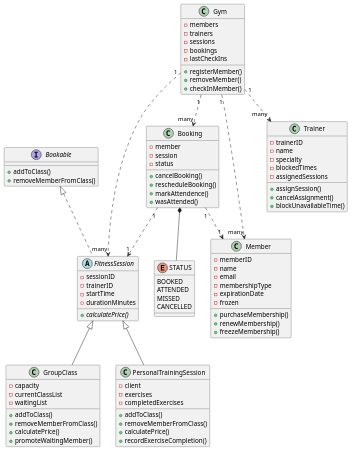
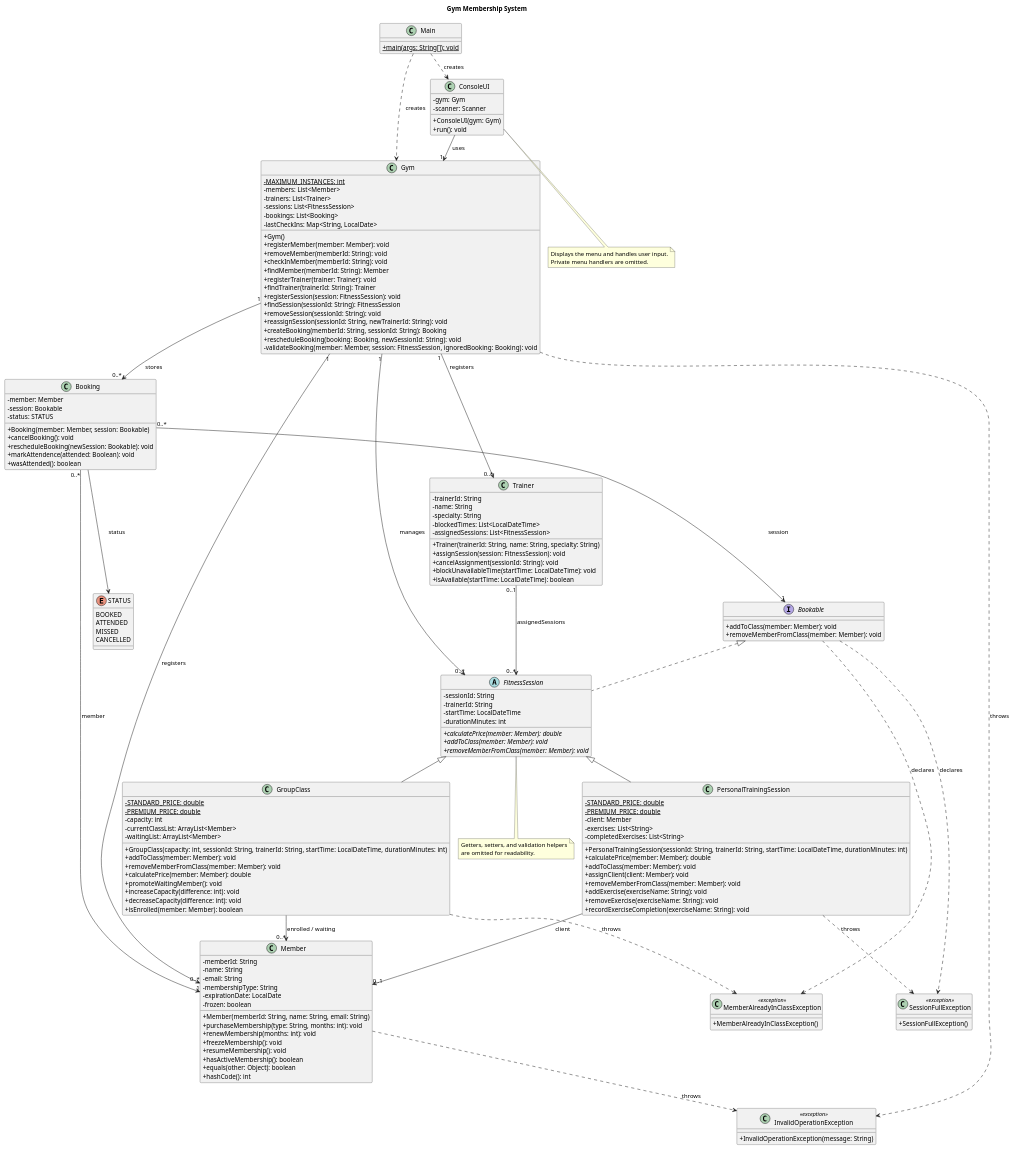
Before and after one commit to BhargavJakkaraju/CS-151-Project2: the diagram in Diagram.puml, drawn with PlantUML. The commit also changed 1 other file, not shown here.

Commit message:
Update UML with detailed classes and corrected relationships

```diff
--- a/Diagram.puml
+++ b/Diagram.puml
@@ -1,105 +1,188 @@
 @startuml
+!pragma layout smetana
 
+title Gym Membership System
+top to bottom direction
+skinparam classAttributeIconSize 0
+skinparam shadowing false
 
 interface Bookable {
-    + addToClass()
-    + removeMemberFromClass()
+    + addToClass(member: Member): void
+    + removeMemberFromClass(member: Member): void
 }
 
 enum STATUS {
     BOOKED
     ATTENDED
     MISSED
     CANCELLED
 }
 
 class Booking {
-    - member
-    - session
-    - status
-    + cancelBooking()
-    + rescheduleBooking()
-    + markAttendence()
-    + wasAttended()
+    - member: Member
+    - session: Bookable
+    - status: STATUS
+    + Booking(member: Member, session: Bookable)
+    + cancelBooking(): void
+    + rescheduleBooking(newSession: Bookable): void
+    + markAttendence(attended: Boolean): void
+    + wasAttended(): boolean
 }
 
 abstract class FitnessSession {
-    - sessionID
-    - trainerID
-    - startTime
-    - durationMinutes
-    {abstract}+ calculatePrice()
+    - sessionId: String
+    - trainerId: String
+    - startTime: LocalDateTime
+    - durationMinutes: int
+    {abstract} + calculatePrice(member: Member): double
+    {abstract} + addToClass(member: Member): void
+    {abstract} + removeMemberFromClass(member: Member): void
 }
 
 class GroupClass {
-    - capacity
-    - currentClassList
-    - waitingList
-    + addToClass()
-    + removeMemberFromClass()
-    + calculatePrice()
-    + promoteWaitingMember()
+    {static} - STANDARD_PRICE: double
+    {static} - PREMIUM_PRICE: double
+    - capacity: int
+    - currentClassList: ArrayList<Member>
+    - waitingList: ArrayList<Member>
+    + GroupClass(capacity: int, sessionId: String, trainerId: String, startTime: LocalDateTime, durationMinutes: int)
+    + addToClass(member: Member): void
+    + removeMemberFromClass(member: Member): void
+    + calculatePrice(member: Member): double
+    + promoteWaitingMember(): void
+    + increaseCapacity(difference: int): void
+    + decreaseCapacity(difference: int): void
+    + isEnrolled(member: Member): boolean
 }
 
 class PersonalTrainingSession {
-    - client
-    - exercises
-    - completedExercises
-    + addToClass()
-    + removeMemberFromClass()
-    + calculatePrice()
-    + recordExerciseCompletion()
+    {static} - STANDARD_PRICE: double
+    {static} - PREMIUM_PRICE: double
+    - client: Member
+    - exercises: List<String>
+    - completedExercises: List<String>
+    + PersonalTrainingSession(sessionId: String, trainerId: String, startTime: LocalDateTime, durationMinutes: int)
+    + calculatePrice(member: Member): double
+    + addToClass(member: Member): void
+    + assignClient(client: Member): void
+    + removeMemberFromClass(member: Member): void
+    + addExercise(exerciseName: String): void
+    + removeExercise(exerciseName: String): void
+    + recordExerciseCompletion(exerciseName: String): void
 }
 
 class Member {
-    - memberID
-    - name
-    - email
-    - membershipType
-    - expirationDate
-    - frozen
-    + purchaseMembership()
-    + renewMembership()
-    + freezeMembership()
+    - memberId: String
+    - name: String
+    - email: String
+    - membershipType: String
+    - expirationDate: LocalDate
+    - frozen: boolean
+    + Member(memberId: String, name: String, email: String)
+    + purchaseMembership(type: String, months: int): void
+    + renewMembership(months: int): void
+    + freezeMembership(): void
+    + resumeMembership(): void
+    + hasActiveMembership(): boolean
+    + equals(other: Object): boolean
+    + hashCode(): int
 }
 
 class Gym {
-    - members
-    - trainers
-    - sessions
-    - bookings
-    - lastCheckIns
-    + registerMember()
-    + removeMember()
-    + checkInMember()
+    {static} - MAXIMUM_INSTANCES: int
+    - members: List<Member>
+    - trainers: List<Trainer>
+    - sessions: List<FitnessSession>
+    - bookings: List<Booking>
+    - lastCheckIns: Map<String, LocalDate>
+    + Gym()
+    + registerMember(member: Member): void
+    + removeMember(memberId: String): void
+    + checkInMember(memberId: String): void
+    + findMember(memberId: String): Member
+    + registerTrainer(trainer: Trainer): void
+    + findTrainer(trainerId: String): Trainer
+    + registerSession(session: FitnessSession): void
+    + findSession(sessionId: String): FitnessSession
+    + removeSession(sessionId: String): void
+    + reassignSession(sessionId: String, newTrainerId: String): void
+    + createBooking(memberId: String, sessionId: String): Booking
+    + rescheduleBooking(booking: Booking, newSessionId: String): void
+    - validateBooking(member: Member, session: FitnessSession, ignoredBooking: Booking): void
 }
 
 class Trainer {
-    - trainerID
-    - name
-    - specialty
-    - blockedTimes
-    - assignedSessions
-    + assignSession()
-    + cancelAssignment()
-    + blockUnavailableTime()
+    - trainerId: String
+    - name: String
+    - specialty: String
+    - blockedTimes: List<LocalDateTime>
+    - assignedSessions: List<FitnessSession>
+    + Trainer(trainerId: String, name: String, specialty: String)
+    + assignSession(session: FitnessSession): void
+    + cancelAssignment(sessionId: String): void
+    + blockUnavailableTime(startTime: LocalDateTime): void
+    + isAvailable(startTime: LocalDateTime): boolean
 }
 
+class Main {
+    {static} + main(args: String[]): void
+}
+
+class ConsoleUI {
+    - gym: Gym
+    - scanner: Scanner
+    + ConsoleUI(gym: Gym)
+    + run(): void
+}
+
+class SessionFullException <<exception>> {
+    + SessionFullException()
+}
+
+class MemberAlreadyInClassException <<exception>> {
+    + MemberAlreadyInClassException()
+}
+
+class InvalidOperationException <<exception>> {
+    + InvalidOperationException(message: String)
+}
 
 Bookable <|.. FitnessSession
-
 FitnessSession <|-- GroupClass
 FitnessSession <|-- PersonalTrainingSession
 
-Booking *-- STATUS
+Gym "1" --> "0..*" Member : registers
+Gym "1" --> "0..*" Trainer : registers
+Gym "1" --> "0..*" FitnessSession : manages
+Gym "1" --> "0..*" Booking : stores
 
-Gym "1" ..> "many" Member
-Gym "1" ..> "many" Trainer
-Gym "1" ..> "many" FitnessSession
-Gym "1" ..> "many" Booking
+Booking "0..*" --> "1" Member : member
+Booking "0..*" --> "1" Bookable : session
+Booking --> STATUS : status
 
-Booking "1" ..> "1" Member
-Booking "1" ..> "1" FitnessSession
+Trainer "0..1" --> "0..*" FitnessSession : assignedSessions
+PersonalTrainingSession --> "0..1" Member : client
+GroupClass --> "0..*" Member : enrolled / waiting
 
+Main ..> Gym : creates
+Main ..> ConsoleUI : creates
+ConsoleUI --> "1" Gym : uses
+
+Bookable ..> SessionFullException : declares
+Bookable ..> MemberAlreadyInClassException : declares
+PersonalTrainingSession ..> SessionFullException : throws
+GroupClass ..> MemberAlreadyInClassException : throws
+Member ..> InvalidOperationException : throws
+Gym ..> InvalidOperationException : throws
+
+note bottom of ConsoleUI
+  Displays the menu and handles user input.
+  Private menu handlers are omitted.
+end note
+
+note bottom of FitnessSession
+  Getters, setters, and validation helpers
+  are omitted for readability.
+end note
 
 @enduml
```
